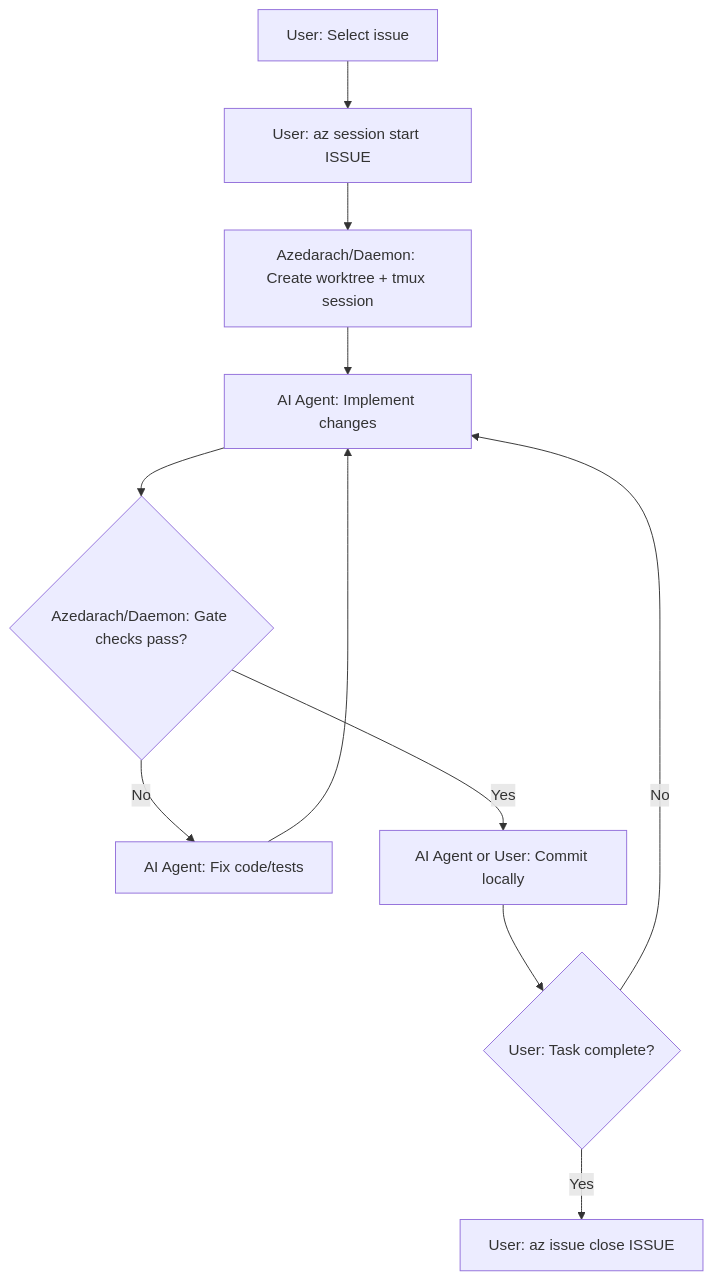
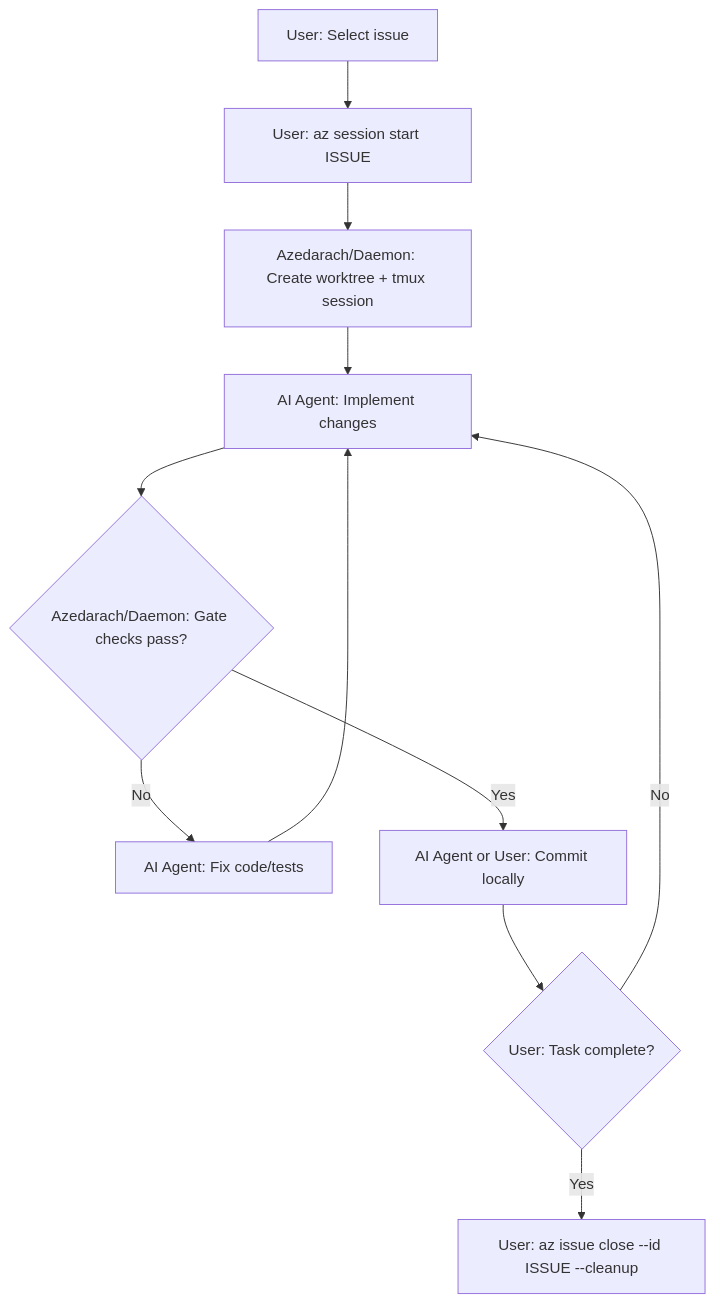
One commit to riordanpawley/azedarach changed the fourth of 6 diagrams in README.md. Above: the diagram before and after it, drawn with Mermaid. The commit also changed other lines of this file and 21 other files, not shown here.

Commit message:
ckq: make close cleanup mandatory

````diff
--- a/README.md
+++ b/README.md
@@ -170,13 +170,13 @@
 ```mermaid
 flowchart TD
   A[User: Select issue] --> B[User: az session start ISSUE]
   B --> C[Azedarach/Daemon: Create worktree + tmux session]
   C --> D[AI Agent: Implement changes]
   D --> E{Azedarach/Daemon: Gate checks pass?}
   E -->|No| F[AI Agent: Fix code/tests]
   F --> D
   E -->|Yes| H[AI Agent or User: Commit locally]
   H --> I{User: Task complete?}
   I -->|No| D
-  I -->|Yes| J[User: az issue close ISSUE]
+  I -->|Yes| J[User: az issue close --id ISSUE --cleanup]
 ```
````
